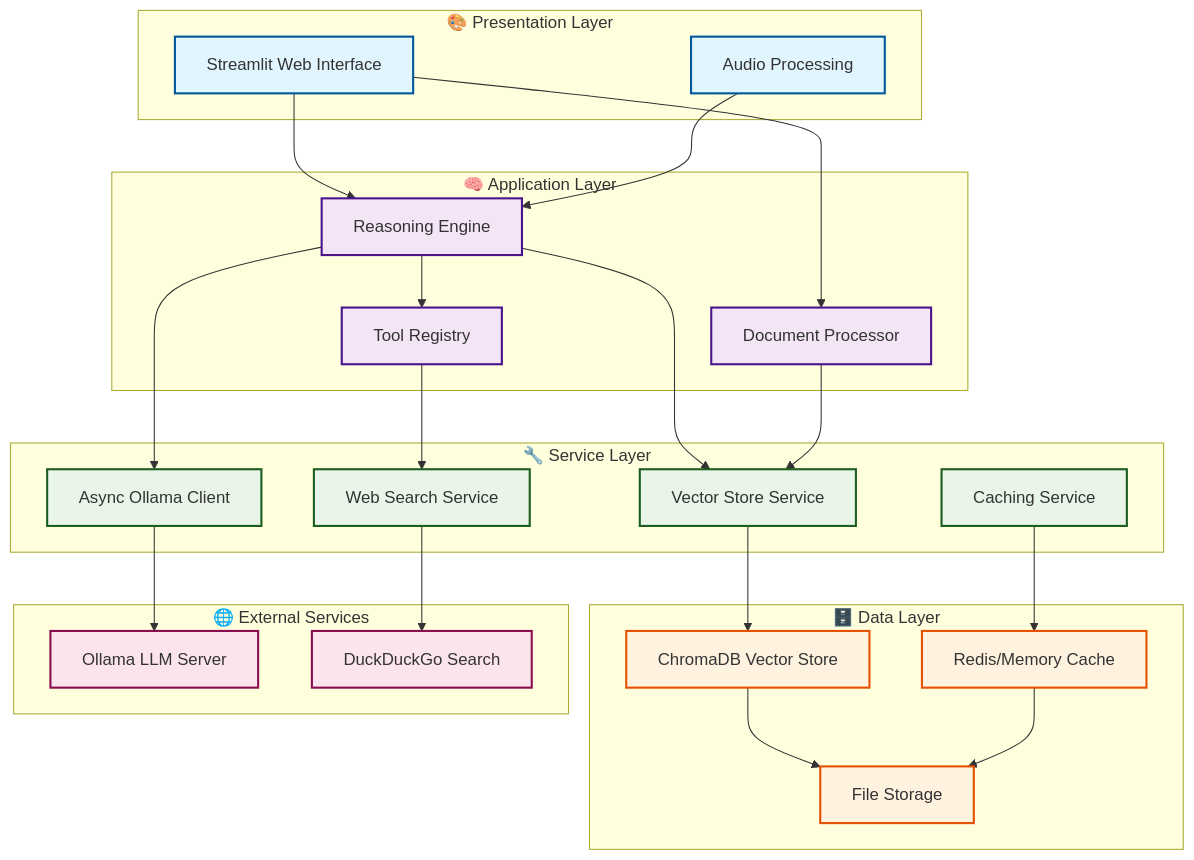
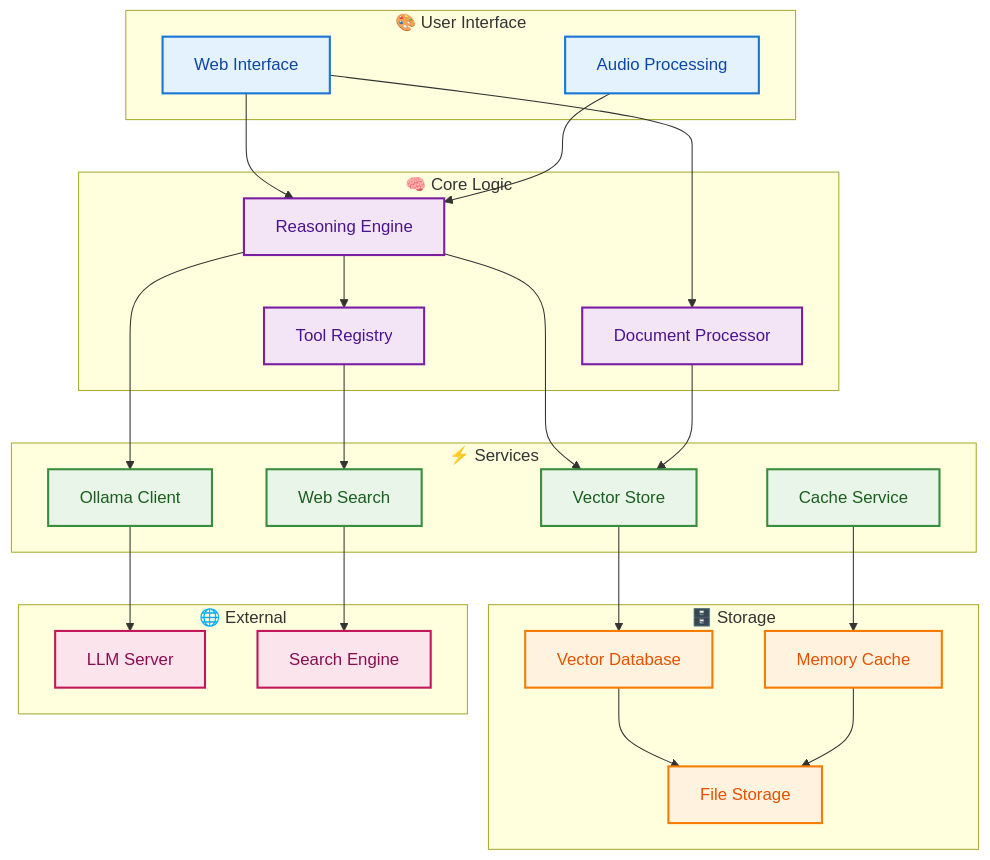
The first of 12 diagrams in docs/ARCHITECTURE.md (khaosans/basic-chat), drawn with Mermaid before and after one commit. The commit also changed other lines of this file and 6 other files, not shown here.

Commit message:
docs: Update documentation for clarity and consistency - Revise links and descriptions in DEVELOPMENT.md, ROADMAP.md, and ARCHITECTURE.md

````diff
--- a/docs/ARCHITECTURE.md
+++ b/docs/ARCHITECTURE.md
@@ -13,65 +13,66 @@
 ```mermaid
 graph TB
-    subgraph "🎨 Presentation Layer"
-        UI[Streamlit Web Interface]
+    subgraph "🎨 User Interface"
+        UI[Web Interface]
         AUDIO[Audio Processing]
     end
     
-    subgraph "🧠 Application Layer"
+    subgraph "🧠 Core Logic"
         RE[Reasoning Engine]
         DP[Document Processor]
         TR[Tool Registry]
     end
     
-    subgraph "🔧 Service Layer"
-        AO[Async Ollama Client]
-        VS[Vector Store Service]
-        CS[Caching Service]
-        WS[Web Search Service]
+    subgraph "⚡ Services"
+        AO[Ollama Client]
+        VS[Vector Store]
+        CS[Cache Service]
+        WS[Web Search]
     end
     
-    subgraph "🗄️ Data Layer"
-        CHROMA[ChromaDB Vector Store]
-        CACHE[Redis/Memory Cache]
+    subgraph "🗄️ Storage"
+        CHROMA[Vector Database]
+        CACHE[Memory Cache]
         FILES[File Storage]
     end
     
-    subgraph "🌐 External Services"
-        OLLAMA[Ollama LLM Server]
-        DDG[DuckDuckGo Search]
+    subgraph "🌐 External"
+        OLLAMA[LLM Server]
+        DDG[Search Engine]
     end
     
-    %% Presentation Layer Connections
+    %% User Interface Connections
     UI --> RE
     UI --> DP
     AUDIO --> RE
     
-    %% Application Layer Connections
+    %% Core Logic Connections
     RE --> AO
     RE --> VS
     RE --> TR
     DP --> VS
     TR --> WS
     
-    %% Service Layer Connections
+    %% Service Connections
     AO --> OLLAMA
     VS --> CHROMA
     CS --> CACHE
     WS --> DDG
     
-    %% Data Layer Connections
+    %% Storage Connections
     CHROMA --> FILES
     CACHE --> FILES
     
-    classDef presentation fill:#E1F5FE,stroke:#01579B,stroke-width:2px
-    classDef application fill:#F3E5F5,stroke:#4A148C,stroke-width:2px
-    classDef service fill:#E8F5E8,stroke:#1B5E20,stroke-width:2px
-    classDef data fill:#FFF3E0,stroke:#E65100,stroke-width:2px
-    classDef external fill:#FCE4EC,stroke:#880E4F,stroke-width:2px
+    %% Styling
+    classDef ui fill:#E3F2FD,stroke:#1976D2,stroke-width:2px,color:#0D47A1
+    classDef core fill:#F3E5F5,stroke:#7B1FA2,stroke-width:2px,color:#4A148C
+    classDef service fill:#E8F5E8,stroke:#388E3C,stroke-width:2px,color:#1B5E20
+    classDef storage fill:#FFF3E0,stroke:#F57C00,stroke-width:2px,color:#E65100
+    classDef external fill:#FCE4EC,stroke:#C2185B,stroke-width:2px,color:#880E4F
     
-    class UI,AUDIO presentation
-    class RE,DP,TR application
+    class UI,AUDIO ui
+    class RE,DP,TR core
     class AO,VS,CS,WS service
-    class CHROMA,CACHE,FILES data
+    class CHROMA,CACHE,FILES storage
     class OLLAMA,DDG external
 ```
````
